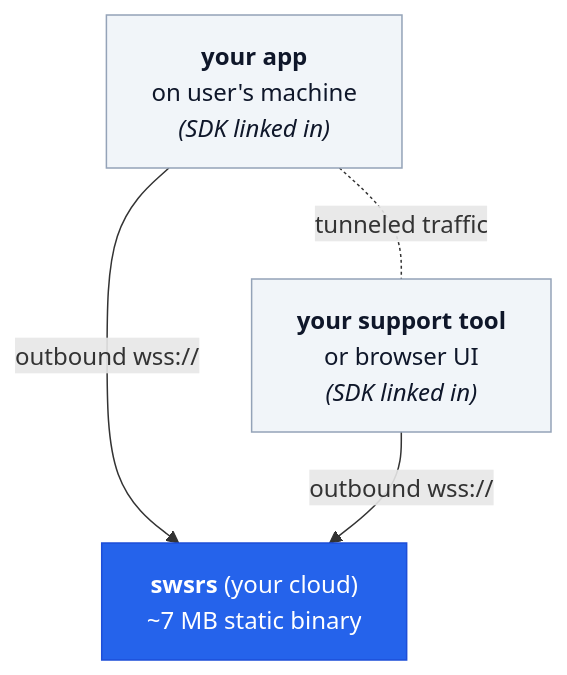
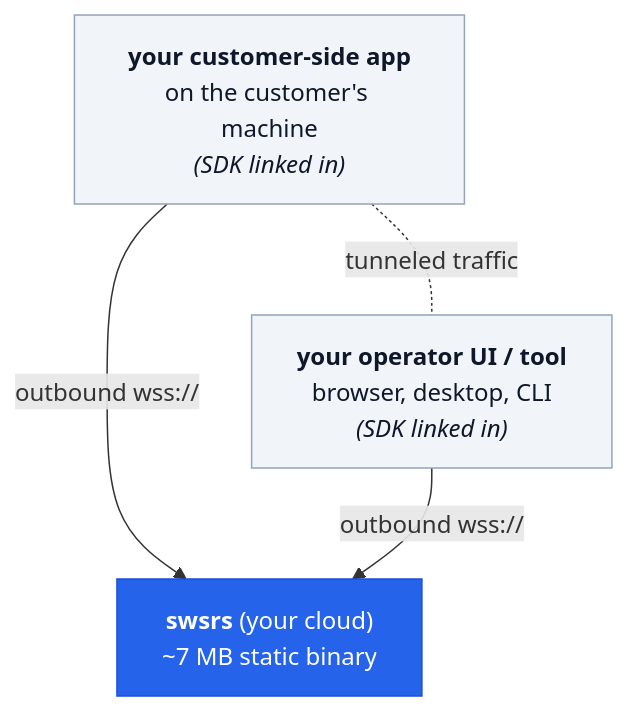
One commit to emdzej/swsrs changed the first of 2 diagrams in docs/index.md. Above: the diagram before and after it, drawn with Mermaid. The commit also changed other lines of this file and 1 other file, not shown here.

````diff
--- a/docs/index.md
+++ b/docs/index.md
@@ -54,14 +54,14 @@
 ```mermaid
 flowchart TB
     relay["<b>swsrs</b> (your cloud)<br/>~7 MB static binary"]
-    peerA["<b>your app</b><br/>on user's machine<br/><i>(SDK linked in)</i>"]
-    peerB["<b>your support tool</b><br/>or browser UI<br/><i>(SDK linked in)</i>"]
+    peerA["<b>your customer-side app</b><br/>on the customer's machine<br/><i>(SDK linked in)</i>"]
+    peerB["<b>your operator UI / tool</b><br/>browser, desktop, CLI<br/><i>(SDK linked in)</i>"]
     peerA -- outbound wss:// --> relay
     peerB -- outbound wss:// --> relay
     peerA -. tunneled traffic .- peerB
 
     classDef cloud fill:#2563eb,stroke:#1d4ed8,color:#fff
     classDef peer  fill:#f1f5f9,stroke:#94a3b8,color:#0f172a
     class relay cloud
     class peerA,peerB peer
 ```
````
